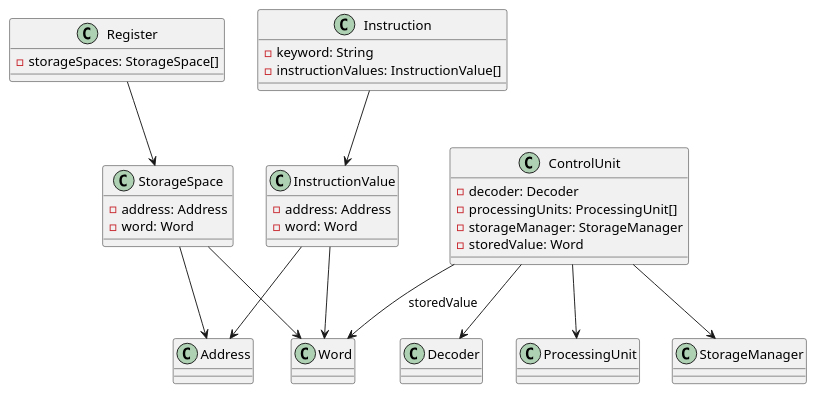
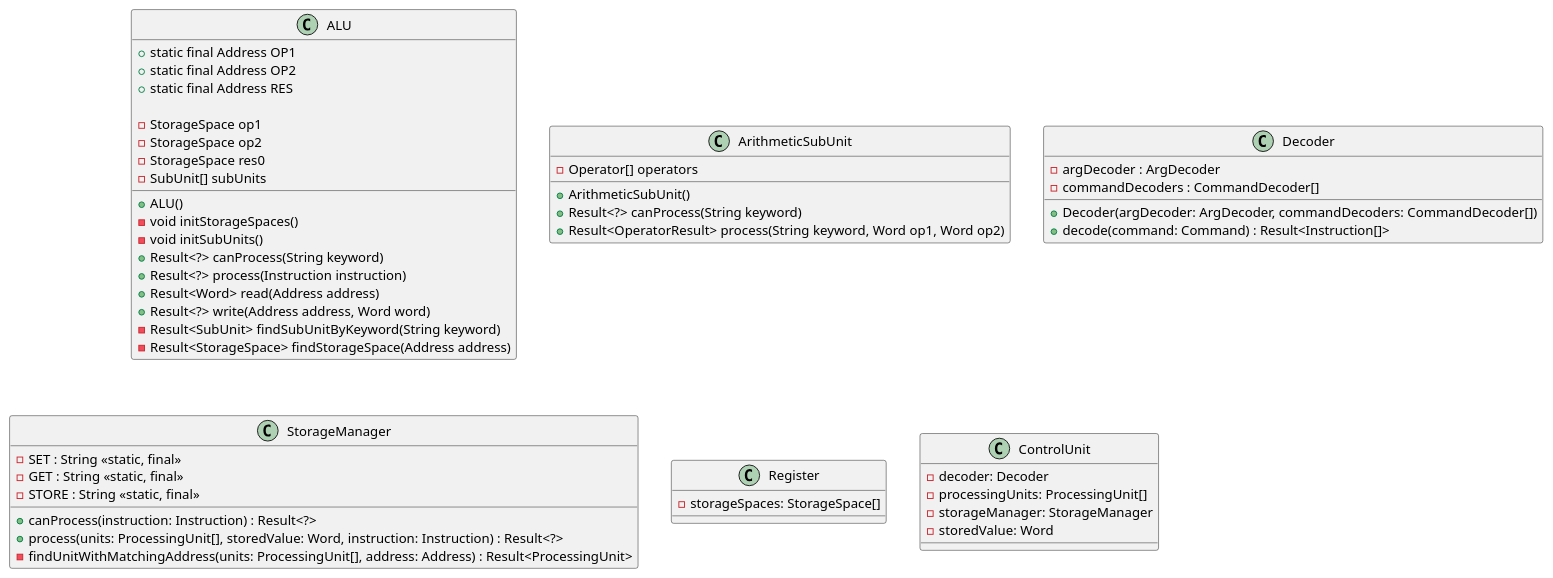
One commit to Marc738/ase-cpu-sim changed the diagram in doc/clean-dhbw/assets/svg/aggregatesUML.puml. Above: the diagram before and after it, drawn with PlantUML. The commit also changed 17 other files, not shown here.

```diff
--- a/doc/clean-dhbw/assets/svg/aggregatesUML.puml
+++ b/doc/clean-dhbw/assets/svg/aggregatesUML.puml
@@ -1,42 +1,59 @@
 @startuml Aggregates
 
-class Instruction {
-  - keyword: String
-  - instructionValues: InstructionValue[]
+class ALU {
+    + static final Address OP1
+    + static final Address OP2
+    + static final Address RES
+
+    - StorageSpace op1
+    - StorageSpace op2
+    - StorageSpace res0
+    - SubUnit[] subUnits
+
+    + ALU()
+    - void initStorageSpaces()
+    - void initSubUnits()
+    + Result<?> canProcess(String keyword)
+    + Result<?> process(Instruction instruction)
+    + Result<Word> read(Address address)
+    + Result<?> write(Address address, Word word)
+    - Result<SubUnit> findSubUnitByKeyword(String keyword)
+    - Result<StorageSpace> findStorageSpace(Address address)
 }
 
-class InstructionValue {
-  - address: Address
-  - word: Word
+class ArithmeticSubUnit {
+    - Operator[] operators
+    + ArithmeticSubUnit()
+    + Result<?> canProcess(String keyword)
+    + Result<OperatorResult> process(String keyword, Word op1, Word op2)
+}
+
+class Decoder {
+  - argDecoder : ArgDecoder
+  - commandDecoders : CommandDecoder[]
+  + Decoder(argDecoder: ArgDecoder, commandDecoders: CommandDecoder[])
+  + decode(command: Command) : Result<Instruction[]>
+}
+
+class StorageManager {
+  - SET : String <<static, final>>
+  - GET : String <<static, final>>
+  - STORE : String <<static, final>>
+
+  + canProcess(instruction: Instruction) : Result<?>
+  + process(units: ProcessingUnit[], storedValue: Word, instruction: Instruction) : Result<?>
+  - findUnitWithMatchingAddress(units: ProcessingUnit[], address: Address) : Result<ProcessingUnit>
 }
 
 class Register {
   - storageSpaces: StorageSpace[]
-}
-
-class StorageSpace {
-  - address: Address
-  - word: Word
 }
 
 class ControlUnit {
   - decoder: Decoder
   - processingUnits: ProcessingUnit[]
   - storageManager: StorageManager
   - storedValue: Word
 }
 
-Instruction --> InstructionValue
-InstructionValue --> Address
-InstructionValue --> Word
-
-Register --> StorageSpace
-StorageSpace --> Address
-StorageSpace --> Word
-
-ControlUnit --> Decoder
-ControlUnit --> ProcessingUnit
-ControlUnit --> StorageManager
-ControlUnit --> Word : storedValue
-
 @enduml
```
